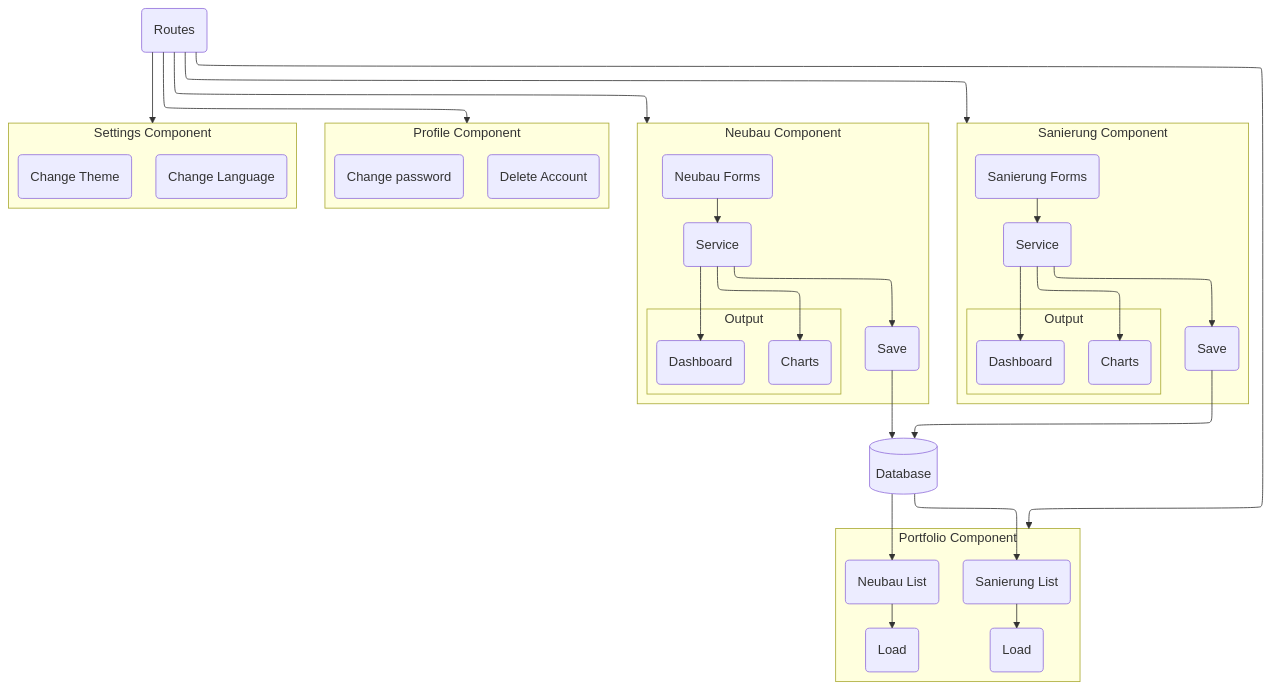
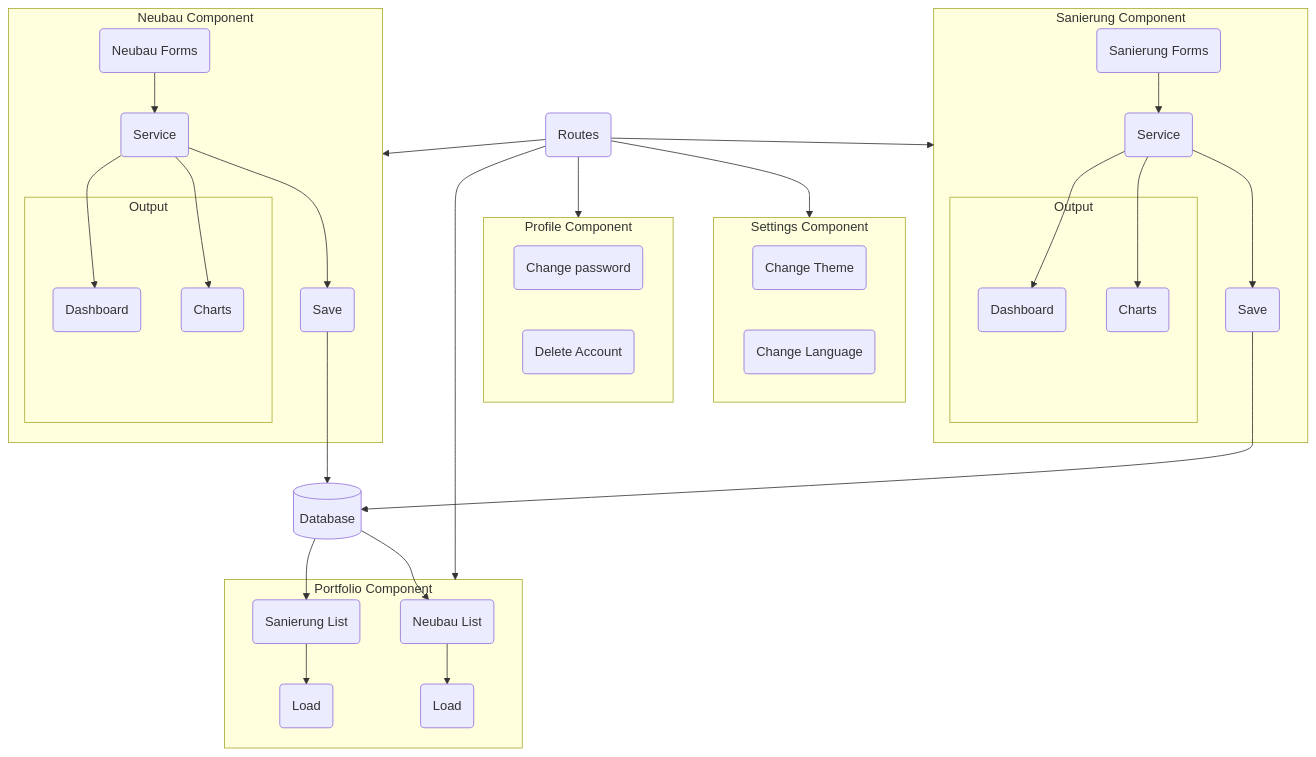
Before and after one commit to daniel-locatelli/daniellocatelli: the first of 4 diagrams in src/content/projects/de/kfw-funding-calculator-by-buildsystems.md, drawn with Mermaid. The commit also changed other lines of this file and 167 other files, not shown here.

````diff
--- a/src/content/projects/de/kfw-funding-calculator-by-buildsystems.md
+++ b/src/content/projects/de/kfw-funding-calculator-by-buildsystems.md
@@ -58,68 +54,67 @@
 ```mermaid
 %%{ init: { 'flowchart': { 'curve': 'basis' } } }%%
-%%{init: {"flowchart": {"defaultRenderer": "elk"}} }%%
 flowchart TB
 
 	R(Routes) --> N & S & PO & PR & SE
 
 	subgraph S[Sanierung Component]
 		SF
 		SS
 		SOUT
 		SSV
 	end
 
 	subgraph SOUT[Output]
 		SD
 		SCH
 	end
 
 	SF(Sanierung Forms)-->SS(Service)
 	SS-->SD(Dashboard)
 	SS-->SCH(Charts)
 	SS-->SSV(Save)
 
 	subgraph N[Neubau Component]
 		NF
 		NS
 		NOUT
 		NSV
 	end
 
 	subgraph NOUT[Output]
 		ND
 		NCH
 
 	end
 
 	NF(Neubau Forms)-->NS(Service)
 	NS-->ND(Dashboard)
 	NS-->NCH(Charts)
 	NS-->NSV(Save)
 
 	subgraph PR[Profile Component]
 		CP(Change password)
 		DC(Delete Account)
 	end
 
 	subgraph SE[Settings Component]
 		CT(Change Theme)
 		CL(Change Language)
 	end
 
 	NL-->NLD
 	SL-->SLD
 
 	NSV-->DB[(Database)]
 	SSV-->DB
 
 	DB-->SL
 	DB-->NL
 
 	subgraph PO[Portfolio Component]
 		NL(Neubau List)
 		SL(Sanierung List)
 		SLD(Load)
 		NLD(Load)
 	end
 ```
````
